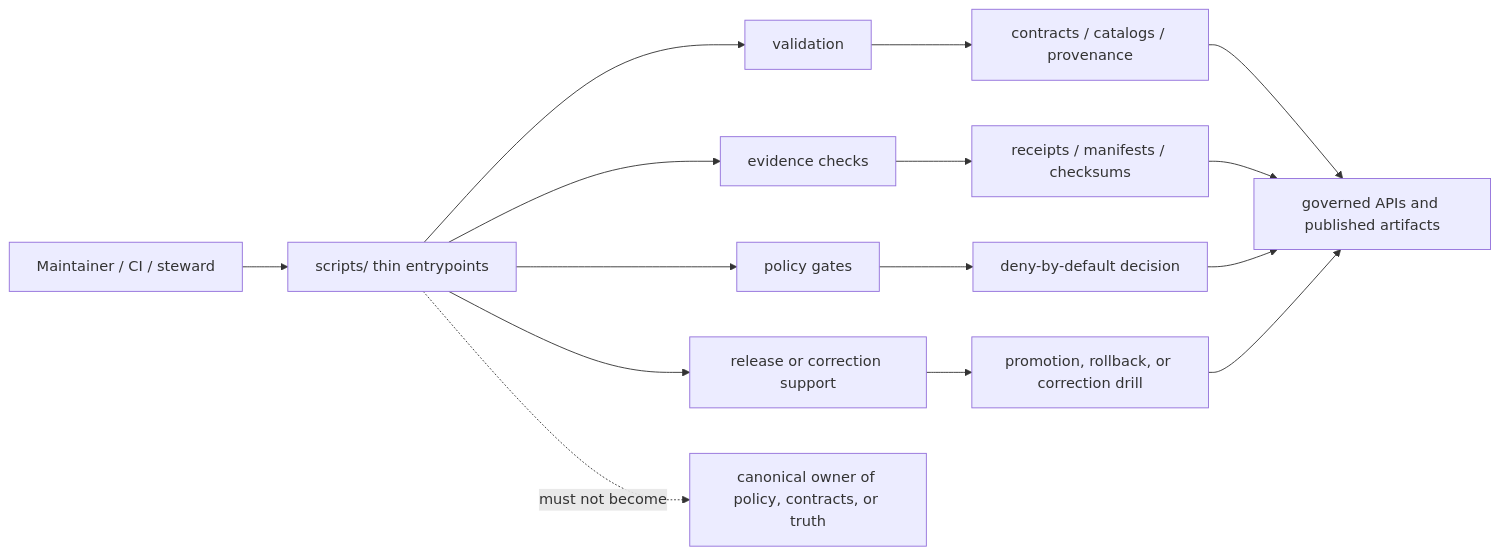
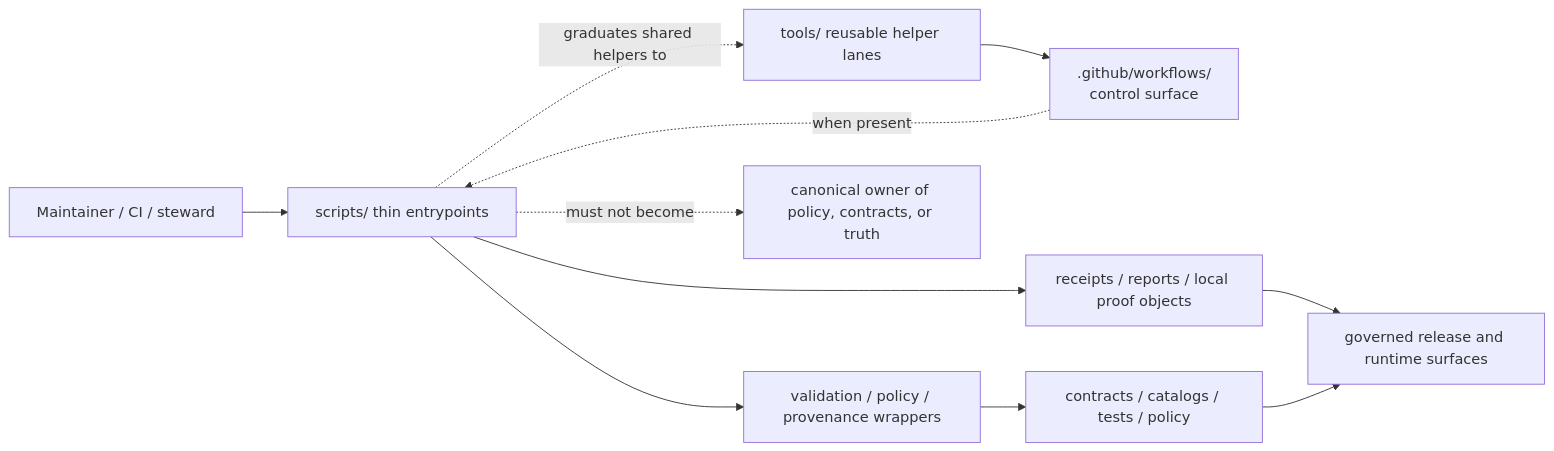
Before and after one commit to bartytime4life/Kansas-Frontier-Matrix: the diagram in scripts/README.md, drawn with Mermaid. The commit also changed other lines of this file, not shown here.

````diff
--- a/scripts/README.md
+++ b/scripts/README.md
@@ -283,21 +331,17 @@
 ```mermaid
 flowchart LR
     A[Maintainer / CI / steward] --> B[scripts/ thin entrypoints]
 
-    B --> C[validation]
-    B --> D[evidence checks]
-    B --> E[policy gates]
-    B --> F[release or correction support]
+    F[.github/workflows/<br/>control surface] -. when present .-> B
+    B --> C[validation / policy / provenance wrappers]
+    B --> D[receipts / reports / local proof objects]
+    B -. graduates shared helpers to .-> E[tools/ reusable helper lanes]
 
-    C --> G[contracts / catalogs / provenance]
-    D --> H[receipts / manifests / checksums]
-    E --> I[deny-by-default decision]
-    F --> J[promotion, rollback, or correction drill]
+    C --> G[contracts / catalogs / tests / policy]
+    D --> H[governed release and runtime surfaces]
 
-    G --> K[governed APIs and published artifacts]
-    H --> K
-    I --> K
-    J --> K
+    E --> F
+    G --> H
 
-    B -. must not become .-> L[canonical owner of policy, contracts, or truth]
+    B -. must not become .-> I[canonical owner of policy, contracts, or truth]
 ```
````
